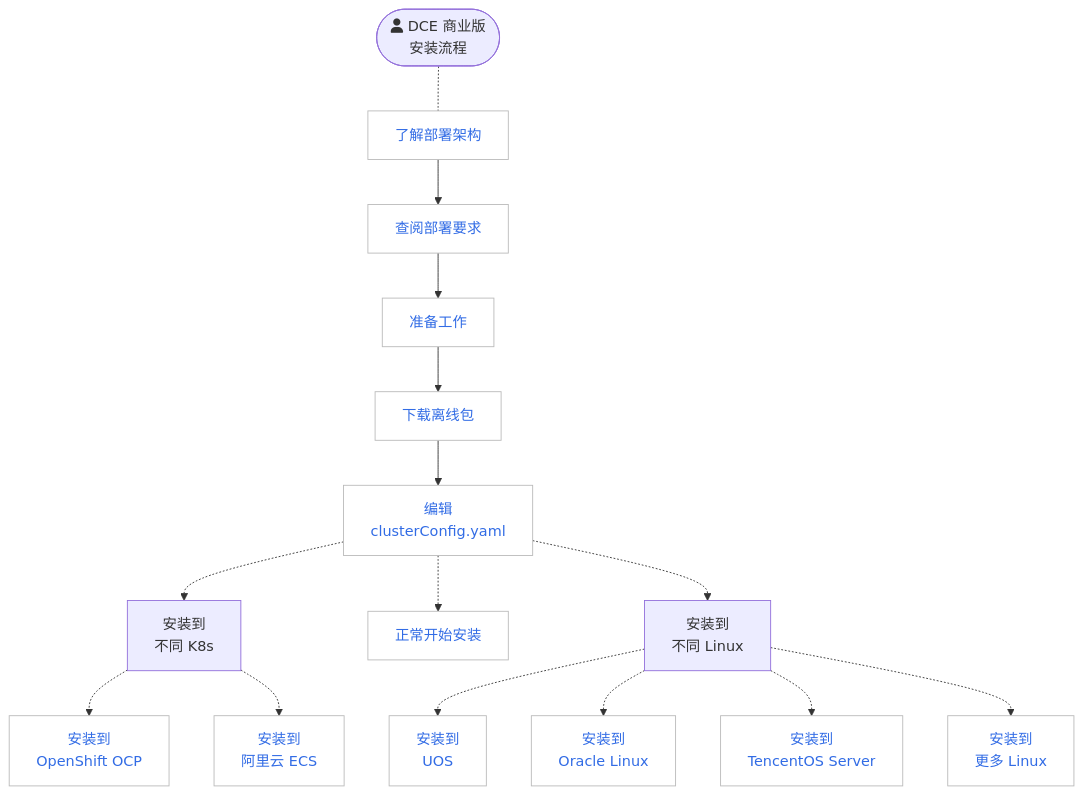
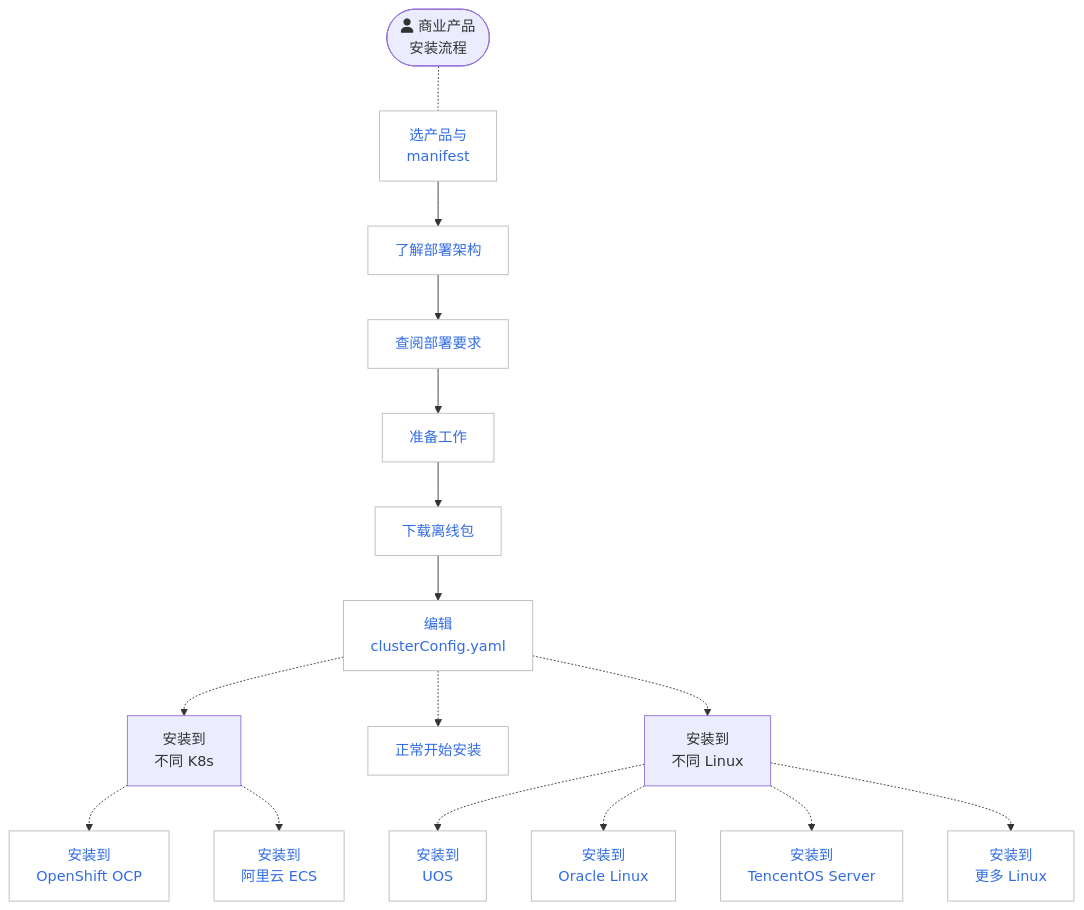
The second of 2 diagrams in docs/zh/docs/install/index.md (DaoCloud/DaoCloud-docs), drawn with Mermaid before and after one commit. The commit also changed other lines of this file and 7 other files, not shown here.

````diff
--- a/docs/zh/docs/install/index.md
+++ b/docs/zh/docs/install/index.md
@@ -114,44 +77,46 @@
 ```mermaid
 flowchart TB
 
-    start([fa:fa-user DCE 商业版<br>安装流程]) -.- arch[了解部署架构]
+    start([fa:fa-user 商业产品<br>安装流程]) -.- pick[选产品与<br>manifest]
+    pick --> arch[了解部署架构]
     arch --> deploy[查阅部署要求]
     deploy --> prepare[准备工作]
     prepare --> download[下载离线包]
     download --> config[编辑<br>clusterConfig.yaml]
     
     config -.-> other-k8s[安装到<br>不同 K8s]
     config -.-> install[正常开始安装]
     config -.-> other-os[安装到<br>不同 Linux]
 
     other-k8s -.-> ocp[安装到<br>OpenShift OCP]
     other-k8s -.-> ali[安装到<br>阿里云 ECS]
 
     other-os -.-> uos[安装到<br>UOS]
     other-os -.-> oracle[安装到<br>Oracle Linux]
     other-os -.-> tencent[安装到<br>TencentOS Server]
     other-os -.-> other[安装到<br>更多 Linux]
 
 
 classDef grey fill:#dddddd,stroke:#ffffff,stroke-width:1px,color:#000000, font-size:15px;
 classDef white fill:#ffffff,stroke:#000,stroke-width:1px,color:#000,font-weight:bold
 classDef spacewhite fill:#ffffff,stroke:#fff,stroke-width:0px,color:#000
 classDef plain fill:#ddd,stroke:#fff,stroke-width:1px,color:#000;
 classDef k8s fill:#326ce5,stroke:#fff,stroke-width:1px,color:#fff;
 classDef cluster fill:#fff,stroke:#bbb,stroke-width:1px,color:#326ce5;
 
-class arch,deploy,prepare,download,config,install,ocp,ali,uos,oracle,tencent,other cluster
+class pick,arch,deploy,prepare,download,config,install,ocp,ali,uos,oracle,tencent,other cluster
 
+click pick "https://docs.daocloud.io/install/commercial/product-manifest.html"
 click arch "https://docs.daocloud.io/install/commercial/deploy-arch.html"
 click deploy "https://docs.daocloud.io/install/commercial/deploy-requirements.html"
 click prepare "https://docs.daocloud.io/install/commercial/prepare.html"
 click download "https://docs.daocloud.io/install/commercial/start-install.html#1"
 click config "https://docs.daocloud.io/install/commercial/start-install.html#2-clusterconfigyaml"
 click install "https://docs.daocloud.io/install/commercial/start-install.html#3"
 click ocp "https://docs.daocloud.io/install/k8s-install/ocp-install-dce5.0.html"
 click ali "https://docs.daocloud.io/install/k8s-install/ecs-install-dce5.0.html"
 click uos "https://docs.daocloud.io/install/os-install/uos-v20-install-dce5.0.html"
 click oracle "https://docs.daocloud.io/install/os-install/oracleLinux-install-dce5.0.html"
 click tencent "https://docs.daocloud.io/install/os-install/TencentOS-install-dce5.0.html"
 click other "https://docs.daocloud.io/install/os-install/otherlinux.html"
 ```
````
